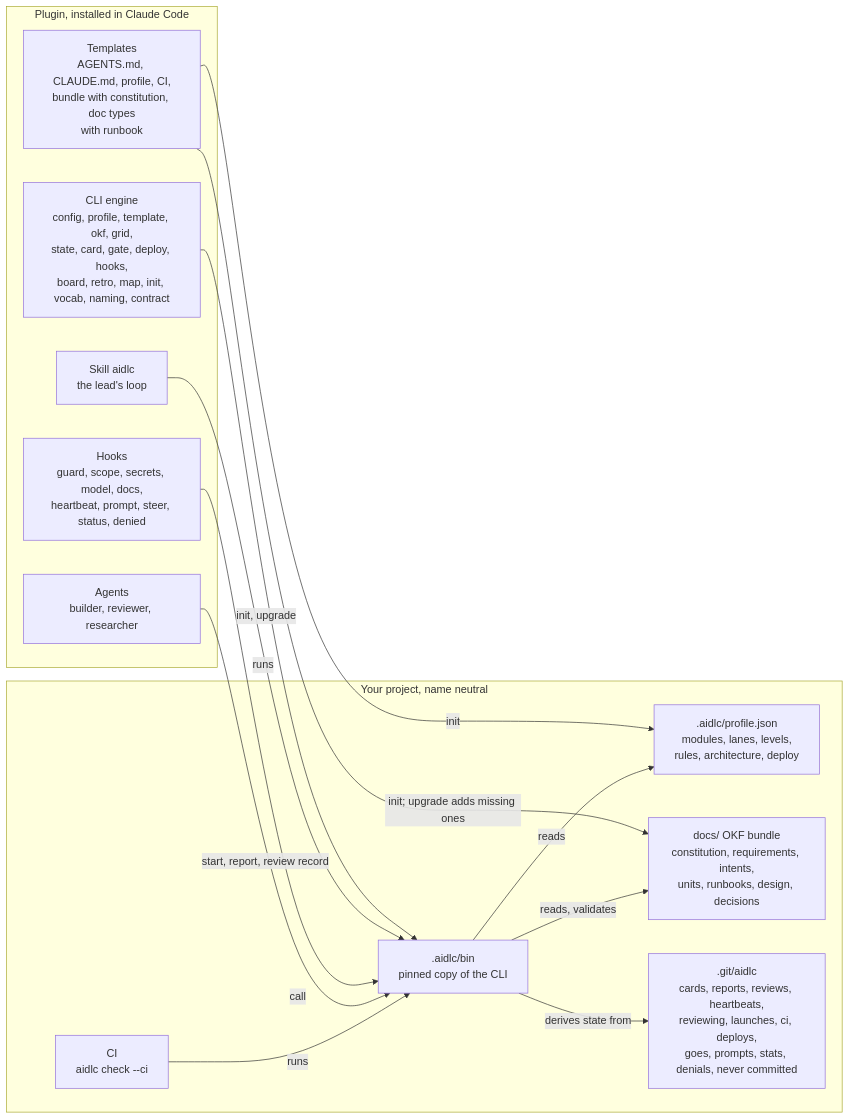
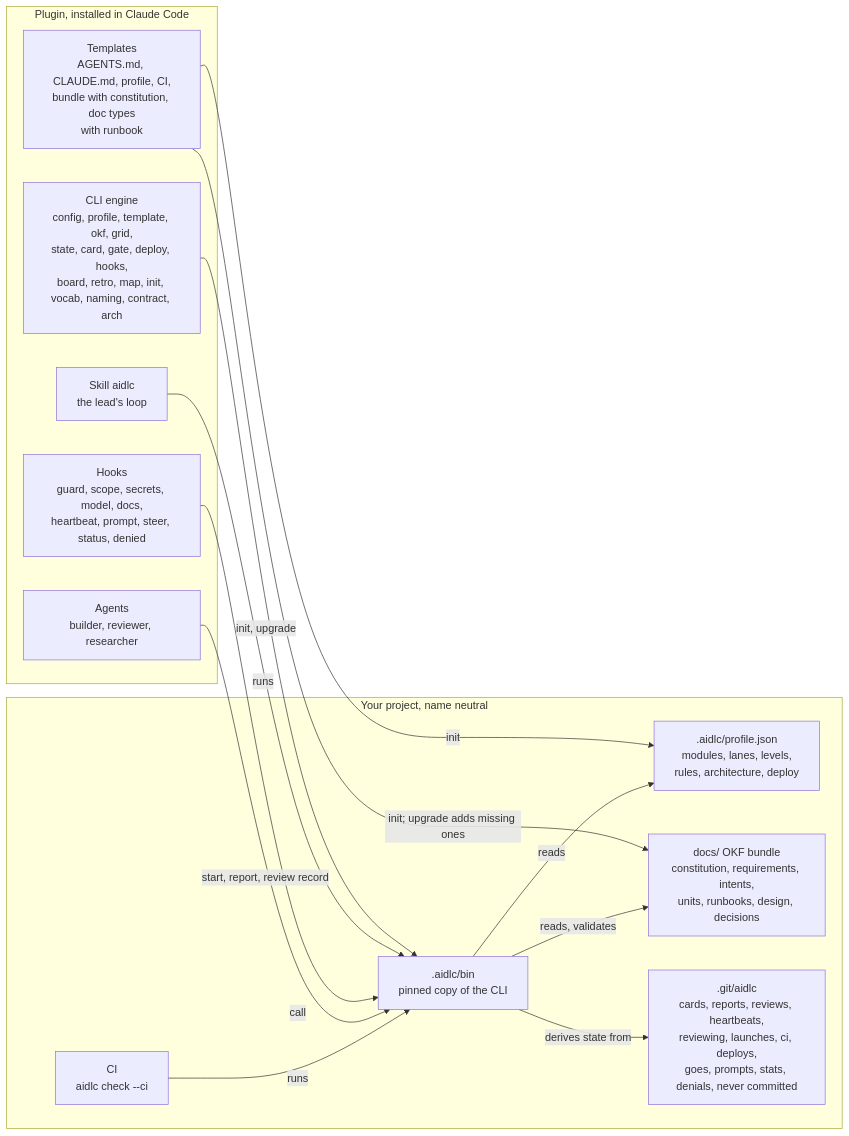
One commit to Scrollout/aidlc-team-plugin changed the second of 2 diagrams in README.md. Above: the diagram before and after it, drawn with Mermaid. The commit also changed 9 other files, not shown here.

````diff
--- a/README.md
+++ b/README.md
@@ -77,29 +77,29 @@
 ```mermaid
 flowchart LR
   subgraph plugin["Plugin, installed in Claude Code"]
     skill["Skill aidlc<br/>the lead's loop"]
     agents["Agents<br/>builder, reviewer, researcher"]
     hooks["Hooks<br/>guard, scope, secrets, model, docs,<br/>heartbeat, prompt, steer, status, denied"]
-    cli["CLI engine<br/>config, profile, template, okf, grid,<br/>state, card, gate, deploy, hooks,<br/>board, retro, map, init, vocab, naming, contract"]
+    cli["CLI engine<br/>config, profile, template, okf, grid,<br/>state, card, gate, deploy, hooks,<br/>board, retro, map, init, vocab, naming, contract, arch"]
     templates["Templates<br/>AGENTS.md, CLAUDE.md, profile, CI,<br/>bundle with constitution, doc types<br/>with runbook"]
   end
 
   subgraph project["Your project, name neutral"]
     profile[".aidlc/profile.json<br/>modules, lanes, levels,<br/>rules, architecture, deploy"]
     bin[".aidlc/bin<br/>pinned copy of the CLI"]
     docs["docs/ OKF bundle<br/>constitution, requirements, intents,<br/>units, runbooks, design, decisions"]
     runtime[".git/aidlc<br/>cards, reports, reviews, heartbeats,<br/>reviewing, launches, ci, deploys,<br/>goes, prompts, stats, denials, never committed"]
     ci["CI<br/>aidlc check --ci"]
   end
 
   templates -- "init" --> profile
   templates -- "init; upgrade adds missing ones" --> docs
   cli -- "init, upgrade" --> bin
   skill -- "runs" --> bin
   hooks -- "call" --> bin
   agents -- "start, report, review record" --> bin
   ci -- "runs" --> bin
   bin -- "reads, validates" --> docs
   bin -- "reads" --> profile
   bin -- "derives state from" --> runtime
 ```
````
